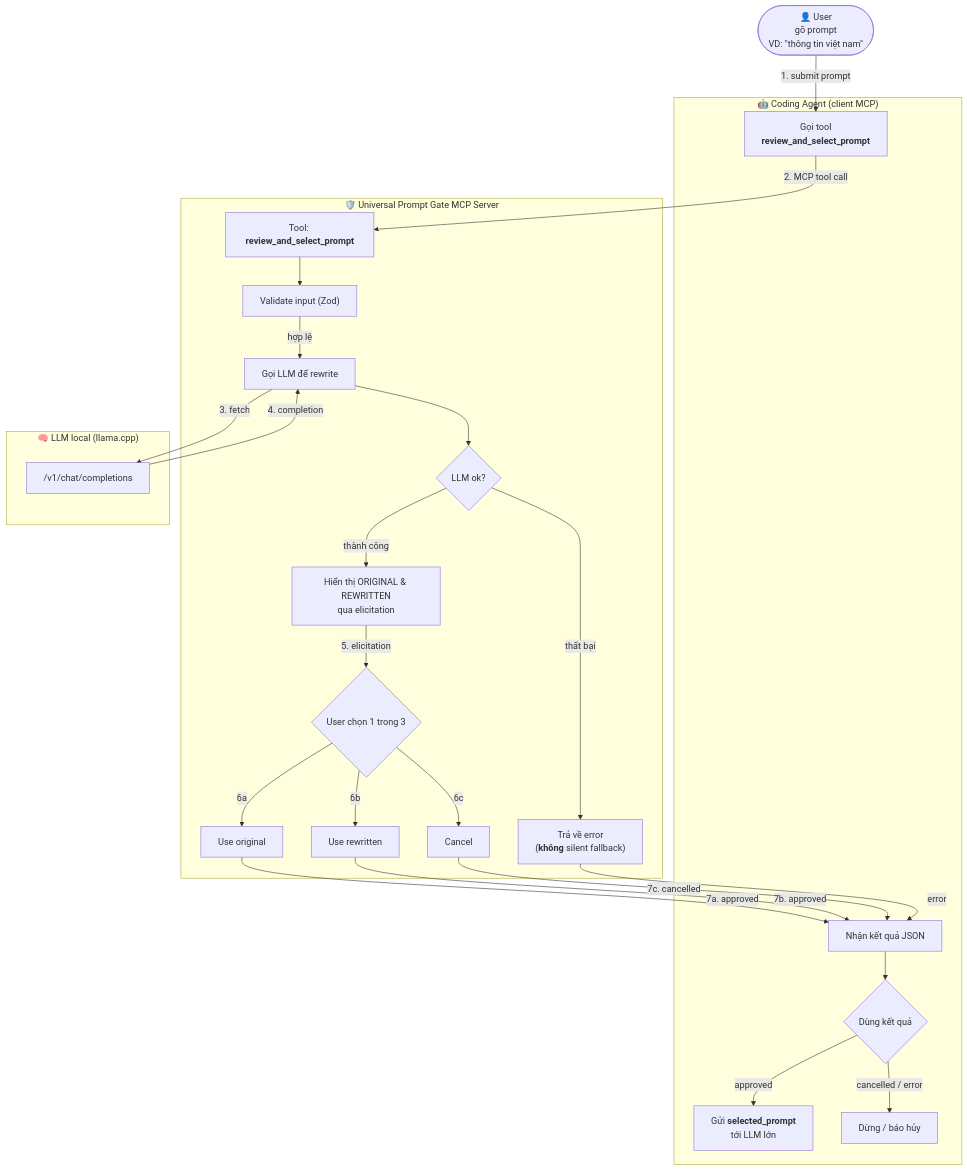
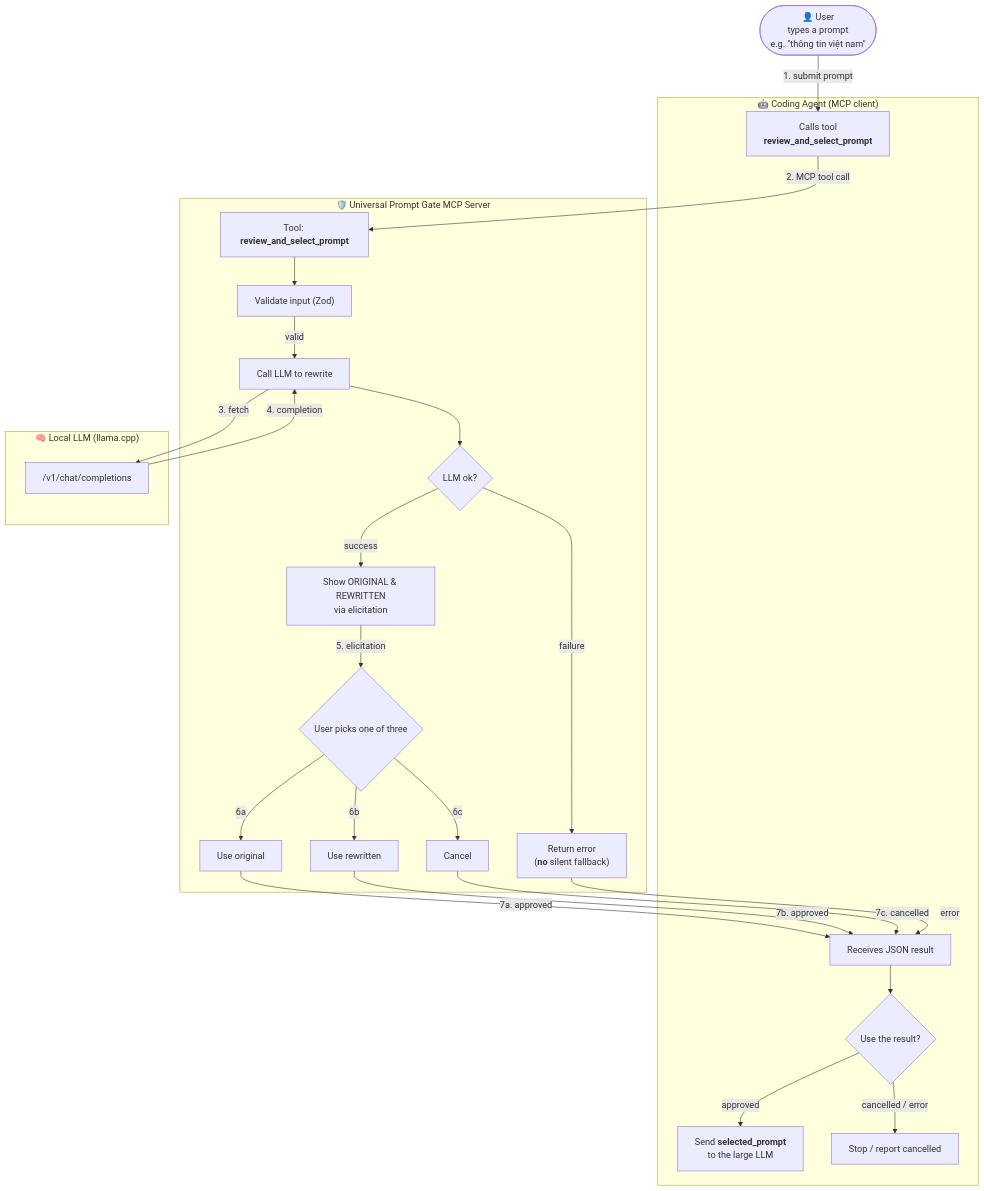
The diagram in README.md (nbhson/tool-prompt-rewrite-mcp), drawn with Mermaid before and after one commit. The commit also changed other lines of this file, not shown here.

````diff
--- a/README.md
+++ b/README.md
@@ -260,50 +259,50 @@
 ```mermaid
 flowchart TD
-  U(["👤 User<br/>gõ prompt<br/>VD: &quot;thông tin việt nam&quot;"])
+  U(["👤 User<br/>types a prompt<br/>e.g. &quot;thông tin việt nam&quot;"])
 
-  subgraph AGENT["🤖 Coding Agent (client MCP)"]
-    A1["Gọi tool<br/><b>review_and_select_prompt</b>"]
-    A3["Nhận kết quả JSON"]
-    A4{"Dùng kết quả"}
-    AOK["Gửi <b>selected_prompt</b><br/>tới LLM lớn"]
-    ASTOP["Dừng / báo hủy"]
+  subgraph AGENT["🤖 Coding Agent (MCP client)"]
+    A1["Calls tool<br/><b>review_and_select_prompt</b>"]
+    A3["Receives JSON result"]
+    A4{"Use the result?"}
+    AOK["Send <b>selected_prompt</b><br/>to the large LLM"]
+    ASTOP["Stop / report cancelled"]
   end
 
   subgraph MCP["🛡️ Universal Prompt Gate MCP Server"]
     T["Tool: <b>review_and_select_prompt</b>"]
     V["Validate input (Zod)"]
-    R["Gọi LLM để rewrite"]
+    R["Call LLM to rewrite"]
     RM{"LLM ok?"}
-    RE["Trả về error<br/>(<b>không</b> silent fallback)"]
-    E["Hiển thị ORIGINAL &amp; REWRITTEN<br/>qua elicitation"]
-    CHOICE{"User chọn 1 trong 3"}
+    RE["Return error<br/>(<b>no</b> silent fallback)"]
+    E["Show ORIGINAL &amp; REWRITTEN<br/>via elicitation"]
+    CHOICE{"User picks one of three"}
     O1["Use original"]
     O2["Use rewritten"]
     O3["Cancel"]
   end
 
-  subgraph LLM["🧠 LLM local (llama.cpp)"]
+  subgraph LLM["🧠 Local LLM (llama.cpp)"]
     L1["/v1/chat/completions"]
   end
 
   U -->|"1. submit prompt"| A1
   A1 -->|"2. MCP tool call"| T
   T --> V
-  V -->|"hợp lệ"| R
+  V -->|"valid"| R
   R -->|3. fetch| L1
   L1 -->|4. completion| R
   R --> RM
-  RM -->|thất bại| RE
-  RM -->|thành công| E
+  RM -->|failure| RE
+  RM -->|success| E
   E -->|5. elicitation| CHOICE
   CHOICE -->|6a| O1
   CHOICE -->|6b| O2
   CHOICE -->|6c| O3
   O1 -->|7a. approved| A3
   O2 -->|7b. approved| A3
   O3 -->|7c. cancelled| A3
   RE -->|error| A3
   A3 --> A4
   A4 -->|"approved"| AOK
   A4 -->|"cancelled / error"| ASTOP
 ```
````
